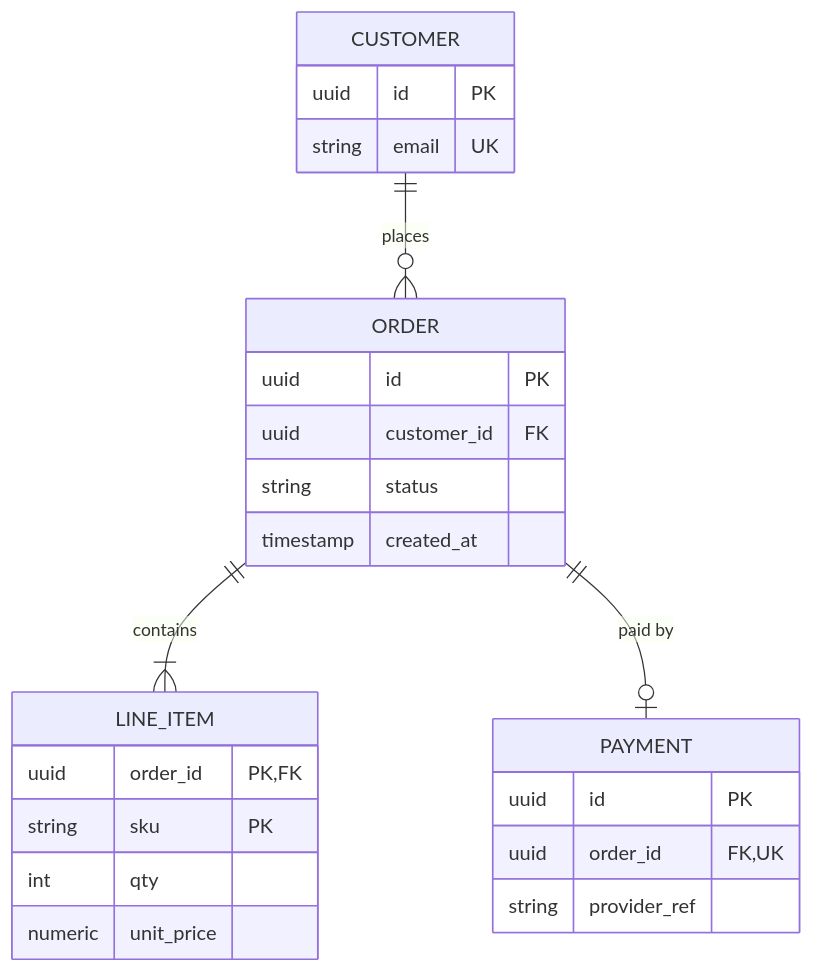
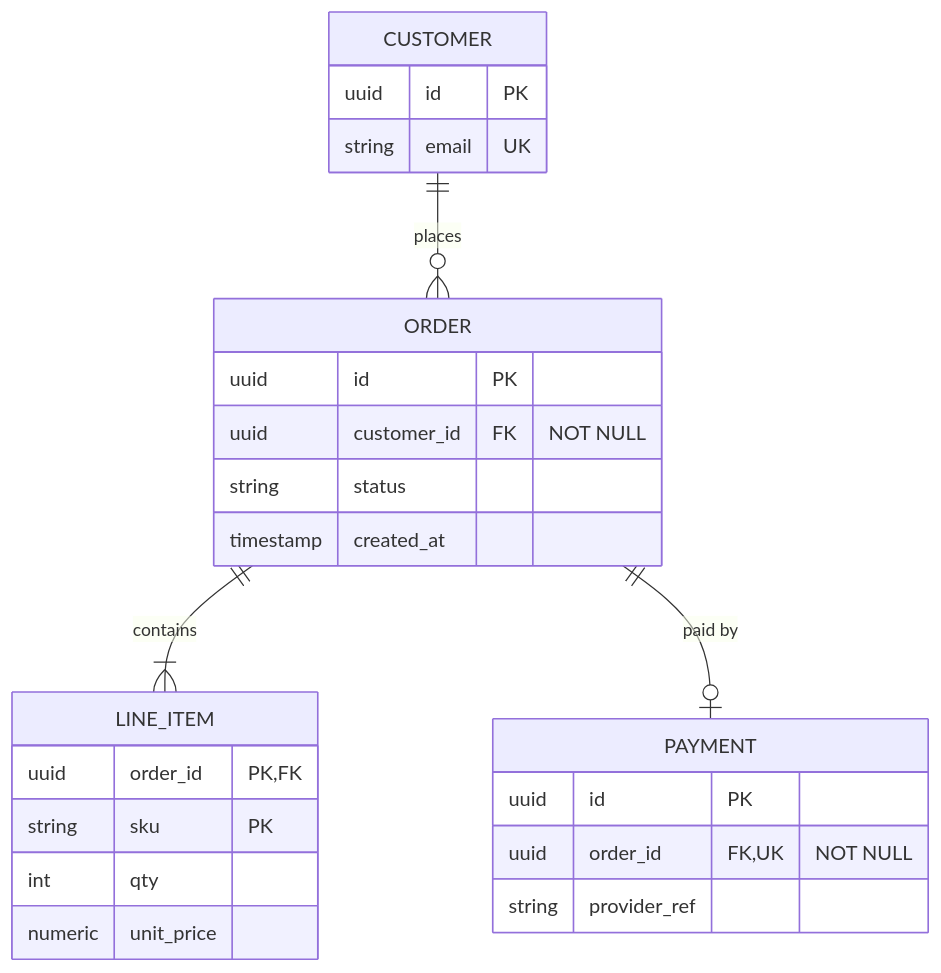
Diagram 11 of 13 in skills/cheese/references/diagram-templates.md (paulnsorensen/easy-cheese), drawn with Mermaid before and after one commit. The commit also changed other lines of this file and 14 other files, not shown here.

First line of the commit message:
docs(skills): apply review fixes to C4 diagram references

````diff
--- a/skills/cheese/references/diagram-templates.md
+++ b/skills/cheese/references/diagram-templates.md
@@ -266,27 +275,27 @@
 ```mermaid
 erDiagram
   CUSTOMER ||--o{ ORDER : places
   ORDER ||--|{ LINE_ITEM : contains
   ORDER ||--o| PAYMENT : "paid by"
   CUSTOMER {
     uuid id PK
     string email UK
   }
   ORDER {
     uuid id PK
-    uuid customer_id FK
+    uuid customer_id FK "NOT NULL"
     string status
     timestamp created_at
   }
   LINE_ITEM {
     uuid order_id PK, FK
     string sku PK
     int qty
     numeric unit_price
   }
   PAYMENT {
     uuid id PK
-    uuid order_id FK, UK
+    uuid order_id FK, UK "NOT NULL"
     string provider_ref
   }
 ```
````
